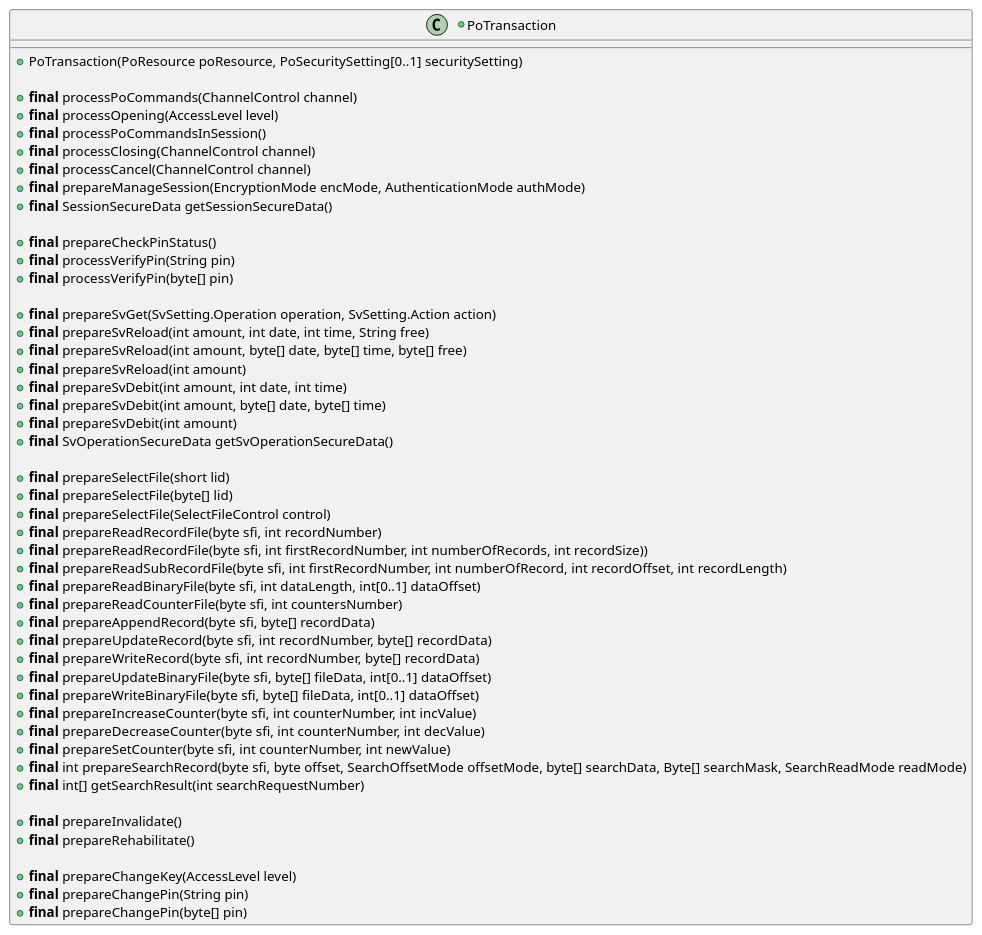
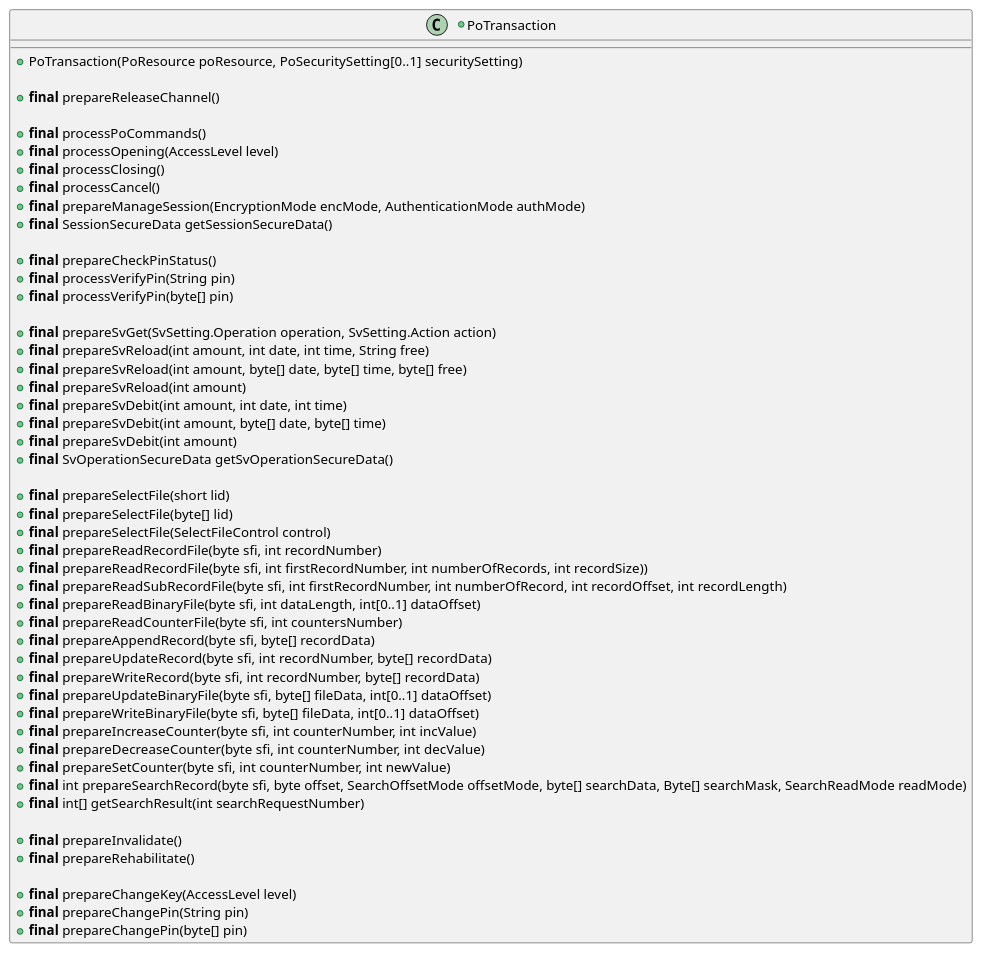
Before and after one commit to calypsonet/keyple: diagram 12 of 21 in src/KeypleCalypsoApi/ApplicationApi/puml/KeypleCalypso-ApplicationApi-ClassDiag-Transaction-ClassElements.iuml, drawn with PlantUML. The commit also changed other lines of this file and 10 other files, not shown here.

Commit message:
SE channel release fixes

```diff
--- a/src/KeypleCalypsoApi/ApplicationApi/puml/KeypleCalypso-ApplicationApi-ClassDiag-Transaction-ClassElements.iuml
+++ b/src/KeypleCalypsoApi/ApplicationApi/puml/KeypleCalypso-ApplicationApi-ClassDiag-Transaction-ClassElements.iuml
@@ -396,55 +397,56 @@
 @startuml(id=TRANSACTION_POTRANSACTION_CalypsoAPI)
 +class PoTransaction {
   +PoTransaction(PoResource poResource, PoSecuritySetting[0..1] securitySetting)
 
-  +<b>final</b> processPoCommands(ChannelControl channel)
+  +<b>final</b> prepareReleaseChannel()
+
+  +<b>final</b> processPoCommands()
   +<b>final</b> processOpening(AccessLevel level)
-  +<b>final</b> processPoCommandsInSession()
-  +<b>final</b> processClosing(ChannelControl channel)
-  +<b>final</b> processCancel(ChannelControl channel)
+  +<b>final</b> processClosing()
+  +<b>final</b> processCancel()
   +<b>final</b> prepareManageSession(EncryptionMode encMode, AuthenticationMode authMode)
   +<b>final</b> SessionSecureData getSessionSecureData()
 
   +<b>final</b> prepareCheckPinStatus()
   +<b>final</b> processVerifyPin(String pin)
   +<b>final</b> processVerifyPin(byte[] pin)
 
   +<b>final</b> prepareSvGet(SvSetting.Operation operation, SvSetting.Action action)
   +<b>final</b> prepareSvReload(int amount, int date, int time, String free)
   +<b>final</b> prepareSvReload(int amount, byte[] date, byte[] time, byte[] free)
   +<b>final</b> prepareSvReload(int amount)
   +<b>final</b> prepareSvDebit(int amount, int date, int time)
   +<b>final</b> prepareSvDebit(int amount, byte[] date, byte[] time)
   +<b>final</b> prepareSvDebit(int amount)
   +<b>final</b> SvOperationSecureData getSvOperationSecureData()
 
   +<b>final</b> prepareSelectFile(short lid)
   +<b>final</b> prepareSelectFile(byte[] lid)
   +<b>final</b> prepareSelectFile(SelectFileControl control)
   'lecture d'un record hors session (Le à 00h)
   +<b>final</b> prepareReadRecordFile(byte sfi, int recordNumber)
   'exception si recordSize erronée
   +<b>final</b> prepareReadRecordFile(byte sfi, int firstRecordNumber, int numberOfRecords, int recordSize))
   +<b>final</b> prepareReadSubRecordFile(byte sfi, int firstRecordNumber, int numberOfRecord, int recordOffset, int recordLength)
   +<b>final</b> prepareReadBinaryFile(byte sfi, int dataLength, int[0..1] dataOffset)
   'compteur simulé : exception si countersNumber<>1 et si countersNumber <> 1
   +<b>final</b> prepareReadCounterFile(byte sfi, int countersNumber)
   +<b>final</b> prepareAppendRecord(byte sfi, byte[] recordData)
   +<b>final</b> prepareUpdateRecord(byte sfi, int recordNumber, byte[] recordData)
   +<b>final</b> prepareWriteRecord(byte sfi, int recordNumber, byte[] recordData)
   +<b>final</b> prepareUpdateBinaryFile(byte sfi, byte[] fileData, int[0..1] dataOffset)
   +<b>final</b> prepareWriteBinaryFile(byte sfi, byte[] fileData, int[0..1] dataOffset)
   +<b>final</b> prepareIncreaseCounter(byte sfi, int counterNumber, int incValue)
   +<b>final</b> prepareDecreaseCounter(byte sfi, int counterNumber, int decValue)
   +<b>final</b> prepareSetCounter(byte sfi, int counterNumber, int newValue)
   +<b>final</b> int prepareSearchRecord(byte sfi, byte offset, SearchOffsetMode offsetMode, byte[] searchData, Byte[] searchMask, SearchReadMode readMode)
   +<b>final</b> int[] getSearchResult(int searchRequestNumber)
 
   +<b>final</b> prepareInvalidate()
   +<b>final</b> prepareRehabilitate()
 
   +<b>final</b> prepareChangeKey(AccessLevel level)
   +<b>final</b> prepareChangePin(String pin)
   +<b>final</b> prepareChangePin(byte[] pin)
 }
 @enduml
```
